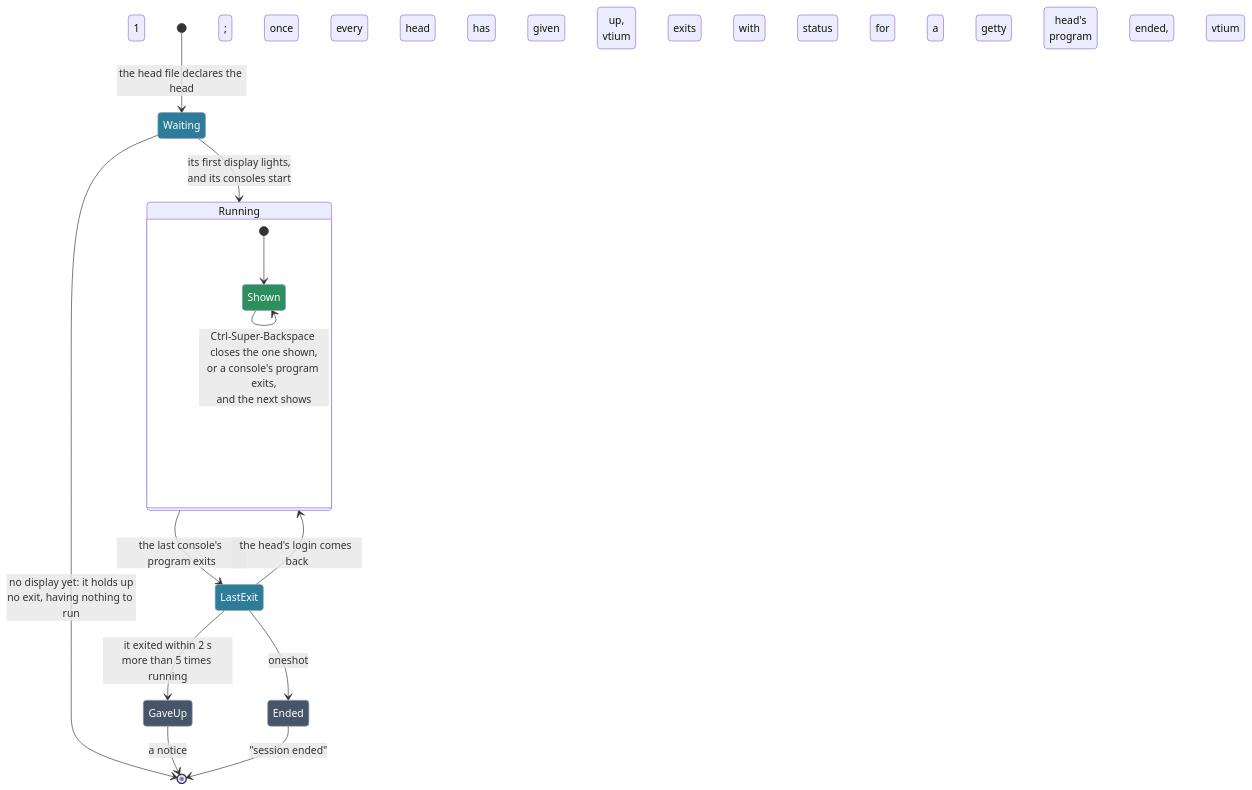
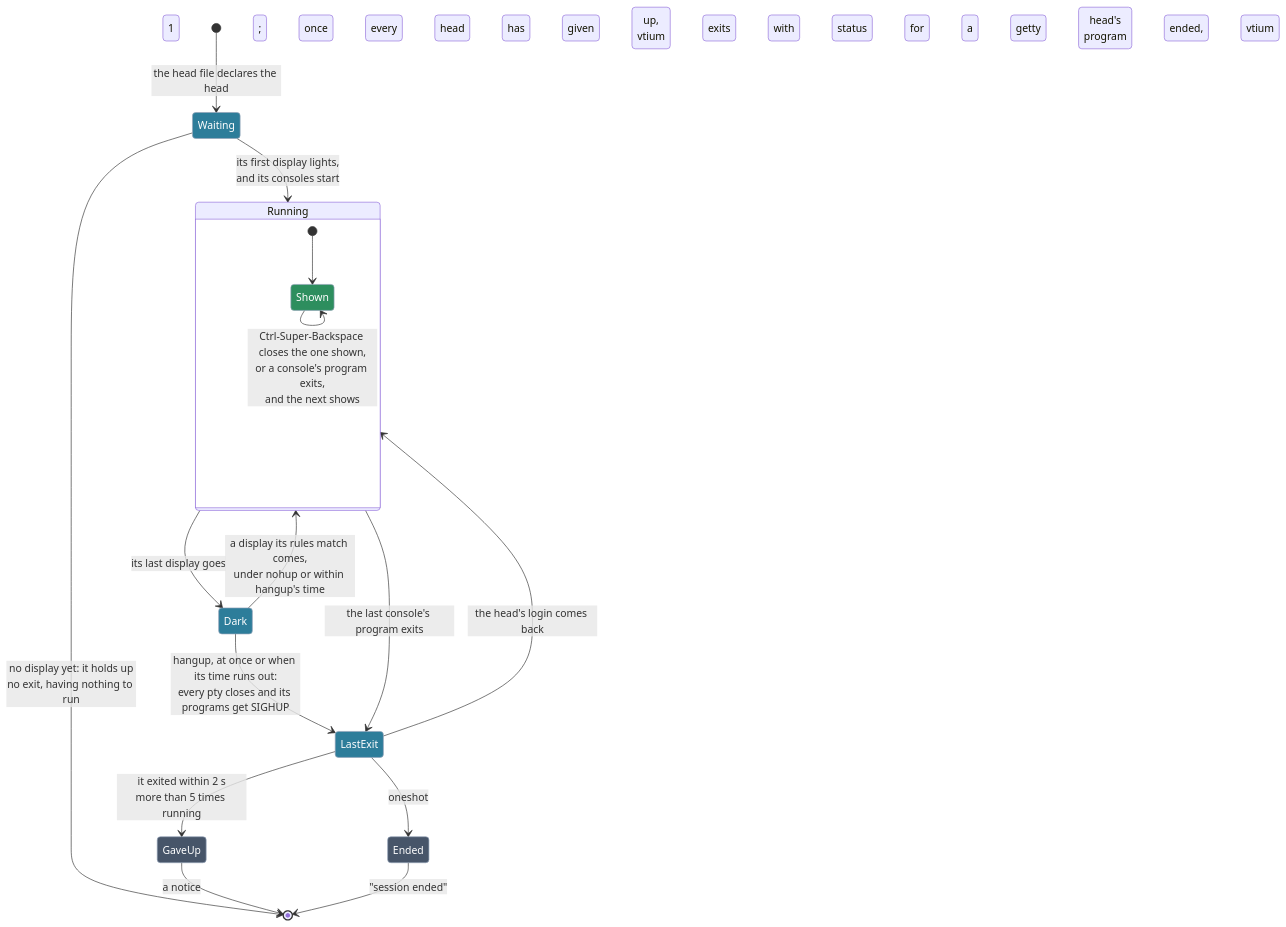
The second of 3 diagrams in docs/concepts.md (vtium/vtium), drawn with Mermaid before and after one commit. The commit also changed other lines of this file and 5 other files, not shown here.

First line of the commit message:
feat(heads): a head losing its last display follows its on-loss

````diff
--- a/docs/concepts.md
+++ b/docs/concepts.md
@@ -114,24 +114,27 @@
 ```mermaid
 stateDiagram-v2
     [*] --> Waiting: the head file declares the head
     Waiting --> Running: its first display lights,<br>and its consoles start
     Waiting --> [*]: no display yet: it holds up<br>no exit, having nothing to run
     state Running {
         [*] --> Shown
         Shown --> Shown: Ctrl-Super-Right or Left<br>shows the next or the previous
         Shown --> Shown: Ctrl-Super-Return opens one<br>within the caps, and shows it
         Shown --> Shown: Ctrl-Super-Backspace closes the one shown,<br>or a console's program exits,<br>and the next shows
     }
+    Running --> Dark: its last display goes
+    Dark --> Running: a display its rules match comes,<br>under nohup or within hangup's time
+    Dark --> LastExit: hangup, at once or when its time runs out:<br>every pty closes and its programs get SIGHUP
     Running --> LastExit: the last console's program exits
     LastExit --> Running: the head's login comes back
     LastExit --> GaveUp: it exited within 2 s<br>more than 5 times running
     LastExit --> Ended: oneshot
     GaveUp --> [*]: a notice; once every head has given up,<br>vtium exits with status 1 for a getty
     Ended --> [*]: "session ended"; once every head's<br>program has ended, vtium exits
     classDef step fill:#2d7d9a,color:#ffffff,stroke:#94a3b8
     classDef done fill:#2d8e5e,color:#ffffff,stroke:#94a3b8
     classDef inert fill:#475569,color:#ffffff,stroke:#94a3b8
-    class Waiting,LastExit step
+    class Waiting,LastExit,Dark step
     class Shown done
     class GaveUp,Ended inert
 ```
````
